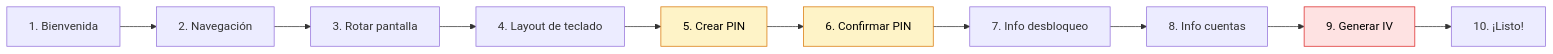
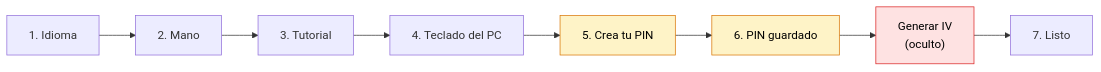
The third of 3 diagrams in es/firmware/menu.mdx (Depbit-lab/docsZerokeyUSB), drawn with Mermaid before and after one commit. The commit also changed other lines of this file and 78 other files, not shown here.

````diff
--- a/es/firmware/menu.mdx
+++ b/es/firmware/menu.mdx
@@ -141,16 +147,14 @@
 ```mermaid
 graph LR
-    W1["1. Bienvenida"] --> W2["2. Navegación"]
-    W2 --> W3["3. Rotar pantalla"]
-    W3 --> W4["4. Layout de teclado"]
-    W4 --> W5["5. Crear PIN"]
-    W5 --> W6["6. Confirmar PIN"]
-    W6 --> W7["7. Info desbloqueo"]
-    W7 --> W8["8. Info cuentas"]
-    W8 --> W9["9. Generar IV"]
-    W9 --> W10["10. ¡Listo!"]
+    W1["1. Idioma"] --> W2["2. Mano"]
+    W2 --> W3["3. Tutorial"]
+    W3 --> W4["4. Teclado del PC"]
+    W4 --> W5["5. Crea tu PIN"]
+    W5 --> W6["6. PIN guardado"]
+    W6 --> IV["Generar IV<br/>(oculto)"]
+    IV --> W7["7. Listo"]
     
     style W5 fill:#fef3c7,stroke:#d97706,color:#000
     style W6 fill:#fef3c7,stroke:#d97706,color:#000
-    style W9 fill:#fee2e2,stroke:#dc2626,color:#000
+    style IV fill:#fee2e2,stroke:#dc2626,color:#000
 ```
````
